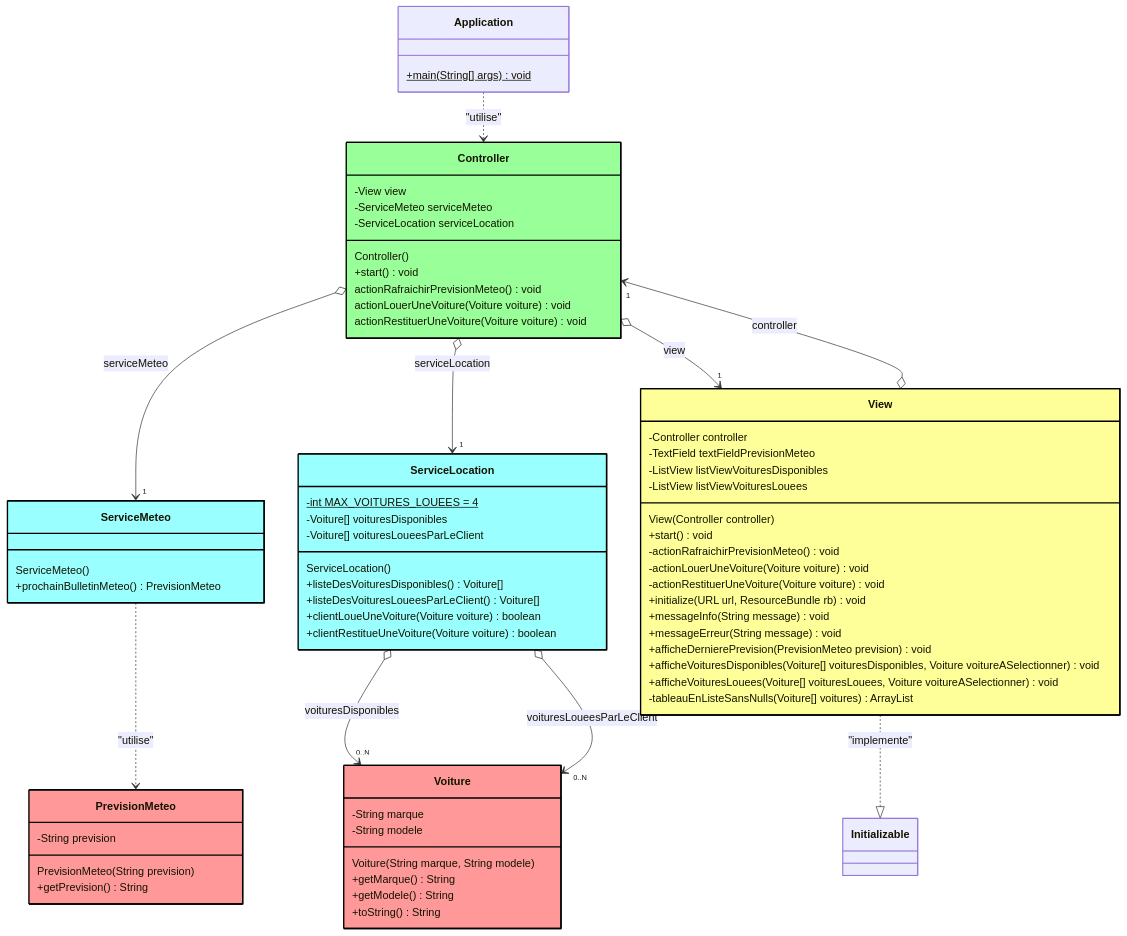
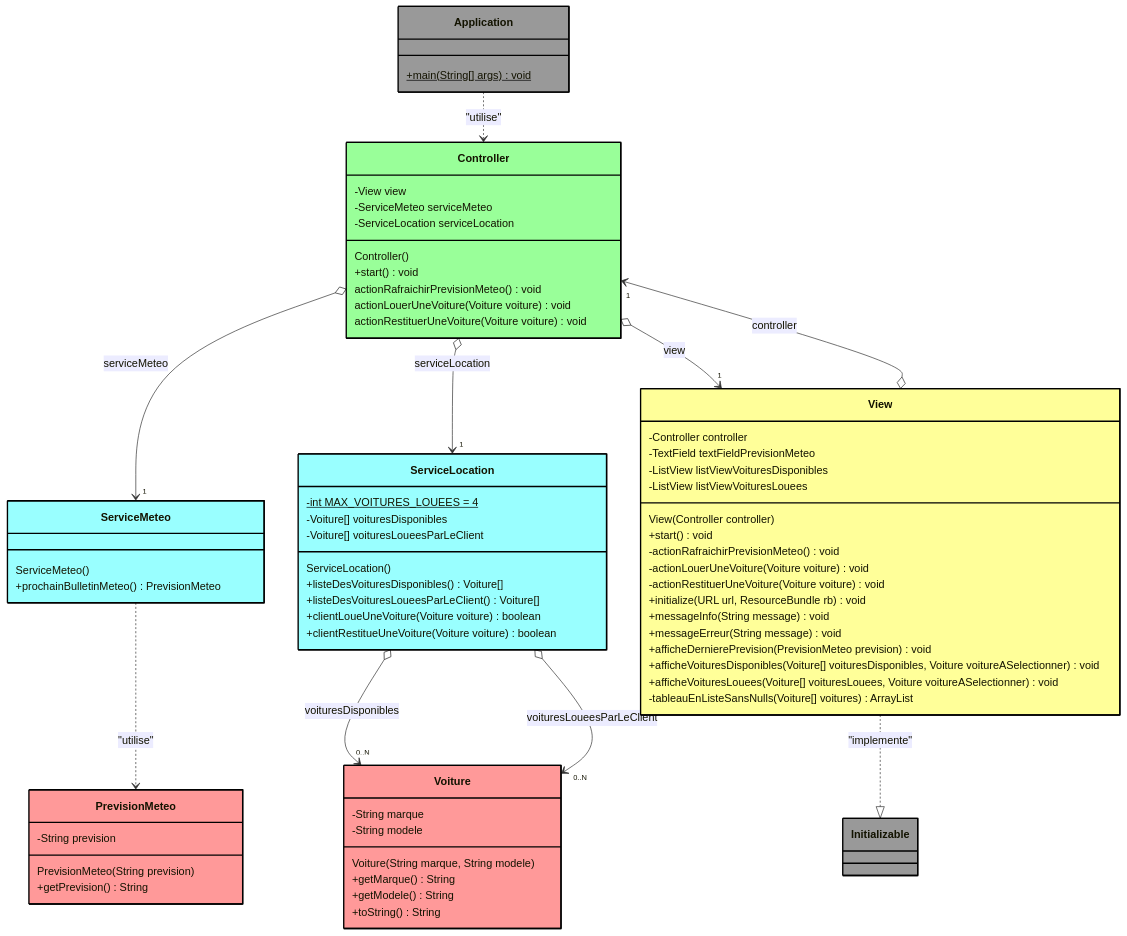
The second of 2 diagrams in README.md (emf-info/MVC_FXML_D400_JDK17LTS), drawn with Mermaid before and after one commit. The commit also changed other lines of this file, not shown here.

Commit message:
Update styles in README for application components

```diff
--- a/README.md
+++ b/README.md
@@ -148,6 +149,8 @@
     ServiceMeteo ..> PrevisionMeteo : "utilise"
     Application ..> Controller : "utilise"
 
+    style Application fill:#999,stroke:#000,stroke-width:2px
+    style Initializable fill:#999,stroke:#000,stroke-width:2px
     style View fill:#ff9,stroke:#000,stroke-width:2px
     style Controller fill:#9f9,stroke:#000,stroke-width:2px
     style ServiceMeteo fill:#9ff,stroke:#000,stroke-width:2px
```
